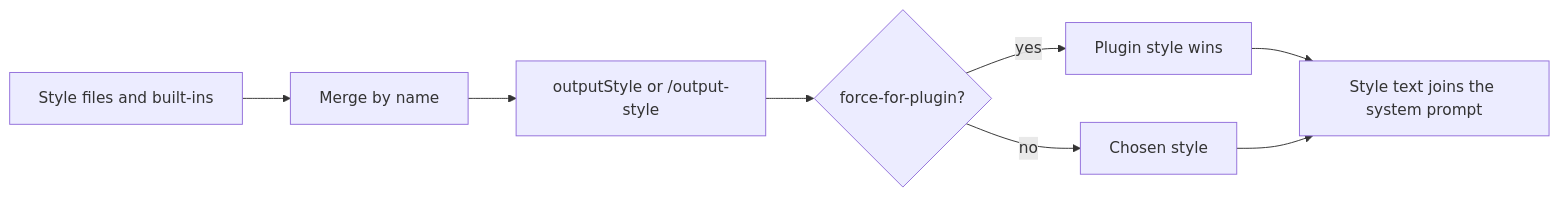
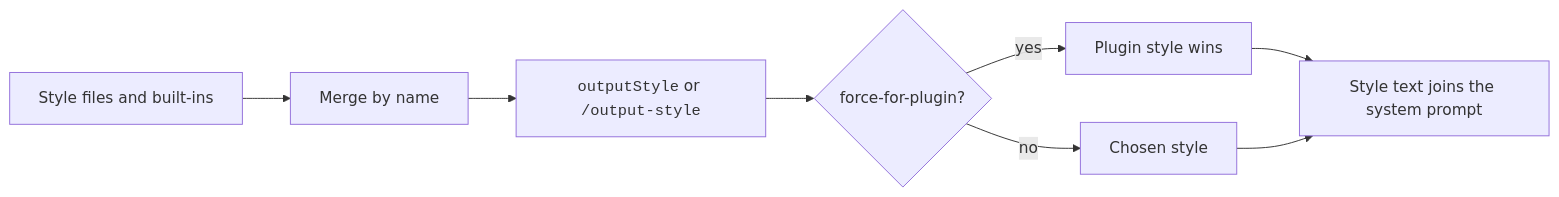
Before and after one commit to xsyetopz/claude-code-docs: the diagram in docs/configure/output-styles.md, drawn with Mermaid. The commit also changed other lines of this file and 164 other files, not shown here.

First line of the commit message:
docs: linked citations, yes/no markers, file trees, code in diagrams

````diff
--- a/docs/configure/output-styles.md
+++ b/docs/configure/output-styles.md
@@ -99,10 +99,10 @@
 ```mermaid
 flowchart LR
   Files[Style files and built-ins] --> Merge[Merge by name]
-  Merge --> Pick[outputStyle or /output-style]
+  Merge --> Pick["<code>outputStyle</code> or <code>/output-style</code>"]
   Pick --> Plug{force-for-plugin?}
   Plug -->|yes| Force[Plugin style wins]
   Plug -->|no| Use[Chosen style]
   Force --> Prompt[Style text joins the system prompt]
   Use --> Prompt
 ```
````
